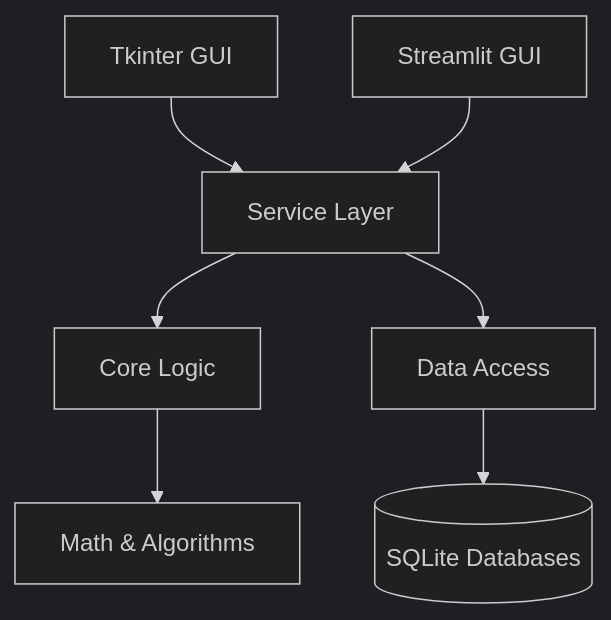
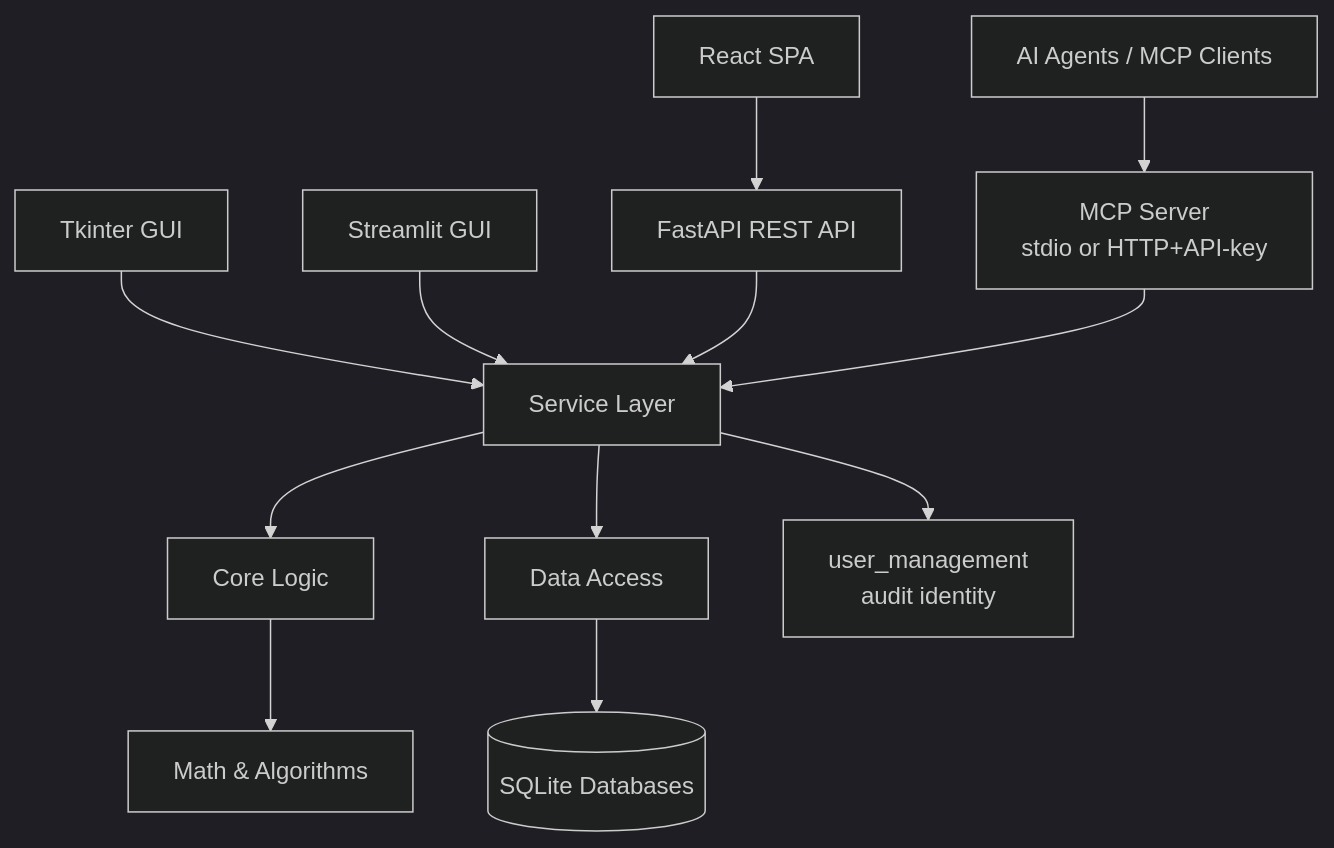
Before and after one commit to MGriot/dataentryKPI: the diagram in docs/architecture.md, drawn with Mermaid (dark theme). The commit also changed other lines of this file and 69 other files, not shown here.

First line of the commit message:
feat: React frontend, FastAPI backend, MCP server, and account auth (v2.0.0)

````diff
--- a/docs/architecture.md
+++ b/docs/architecture.md
@@ -7,11 +7,17 @@
 ```mermaid
 graph TD
+    UI_REACT[React SPA] --> API[FastAPI REST API]
+    AI[AI Agents / MCP Clients] --> MCP[MCP Server<br/>stdio or HTTP+API-key]
     UI_TK[Tkinter GUI] --> SERVICE[Service Layer]
     UI_ST[Streamlit GUI] --> SERVICE
-    
+
+    API --> SERVICE
+    MCP --> SERVICE
+
     SERVICE --> CORE[Core Logic]
     SERVICE --> DATA[Data Access]
-    
+    SERVICE --> USERS[user_management<br/>audit identity]
+
     CORE --> MATH[Math & Algorithms]
     DATA --> DB[(SQLite Databases)]
 ```
````
